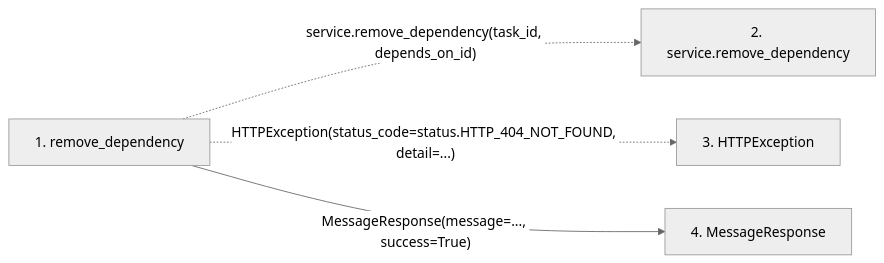
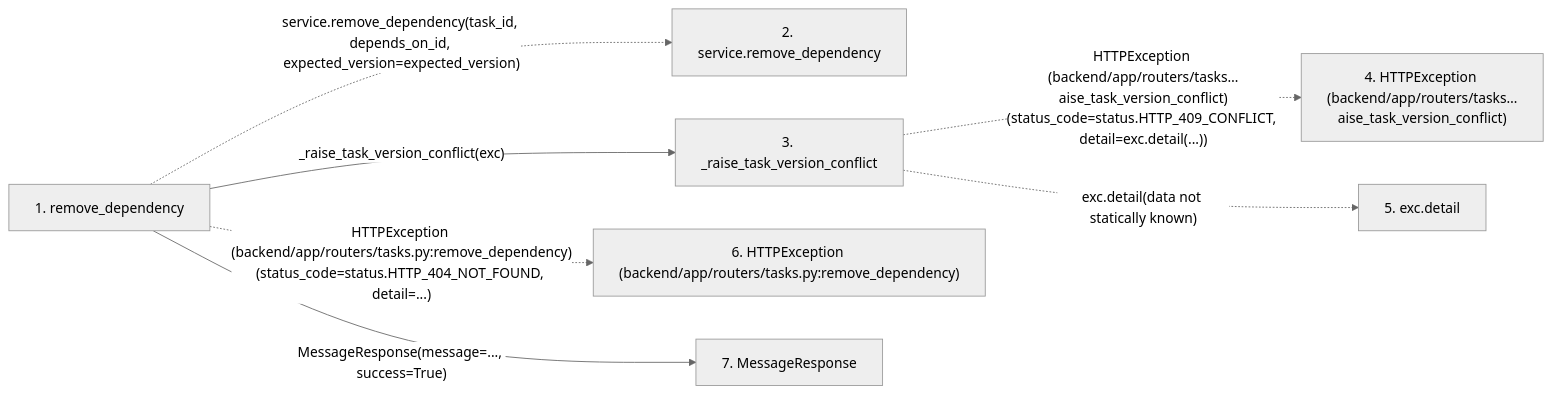
One commit to Denissvgn/WorkChord changed the second of 2 diagrams in docs/llm_wiki/flows/http-remove_dependency.md. Above: the diagram before and after it, drawn with Mermaid (neutral theme). The commit also changed other lines of this file and 6624 other files, not shown here.

````diff
--- a/docs/llm_wiki/flows/http-remove_dependency.md
+++ b/docs/llm_wiki/flows/http-remove_dependency.md
@@ -24,12 +30,19 @@
 ```mermaid
 flowchart LR
     s1["1. remove_dependency"]
     s2["2. service.remove_dependency"]
-    s3["3. HTTPException"]
-    s4["4. MessageResponse"]
-    s1 -. "service.remove_dependency(task_id, depends_on_id)" .-> s2
-    s1 -. "HTTPException(status_code=status.HTTP_404_NOT_FOUND, detail=...)" .-> s3
-    s1 -->|"MessageResponse(message=..., success=True)"| s4
+    s3["3. _raise_task_version_conflict"]
+    s4["4. HTTPException (backend/app/routers/tasks…aise_task_version_conflict)"]
+    s5["5. exc.detail"]
+    s6["6. HTTPException (backend/app/routers/tasks.py:remove_dependency)"]
+    s7["7. MessageResponse"]
+    s1 -. "service.remove_dependency(task_id, depends_on_id, expected_version=expected_version)" .-> s2
+    s1 -->|"_raise_task_version_conflict(exc)"| s3
+    s3 -. "HTTPException (backend/app/routers/tasks…aise_task_version_conflict)(status_code=status.HTTP_409_CONFLICT, detail=exc.detail(...))" .-> s4
+    s3 -. "exc.detail(data not statically known)" .-> s5
+    s1 -. "HTTPException (backend/app/routers/tasks.py:remove_dependency)(status_code=status.HTTP_404_NOT_FOUND, detail=...)" .-> s6
+    s1 -->|"MessageResponse(message=..., success=True)"| s7
     click s1 "../modules/tasks.md"
-    click s4 "../modules/schemas_common.md"
+    click s3 "../modules/tasks.md"
+    click s7 "../modules/schemas_common.md"
 ```
````
